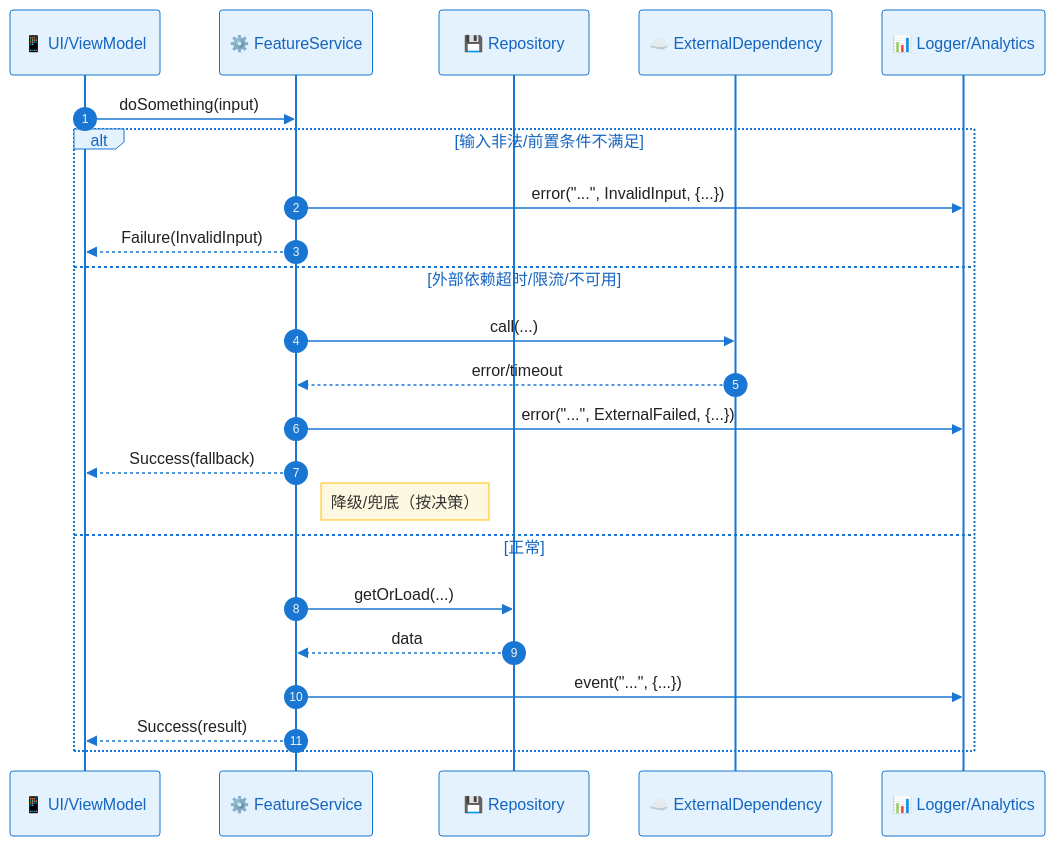
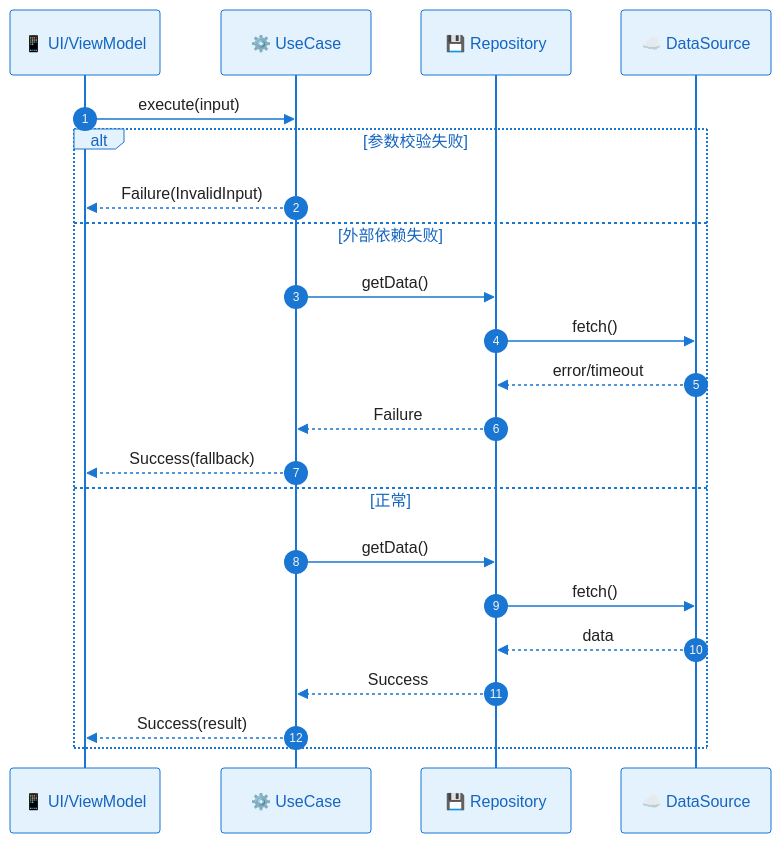
The fifth of 11 diagrams in .specify/templates/plan-template.md (jackykarma/Verity), drawn with Mermaid before and after one commit. The commit also changed other lines of this file and 9 other files, not shown here.

````diff
--- a/.specify/templates/plan-template.md
+++ b/.specify/templates/plan-template.md
@@ -346,29 +383,28 @@
 ```mermaid
 %%{init: {'theme': 'base', 'themeVariables': { 'actorBkg': '#E3F2FD', 'actorBorder': '#1976D2', 'actorTextColor': '#1565C0', 'signalColor': '#1976D2', 'signalTextColor': '#212121', 'noteBkgColor': '#FFF8E1', 'noteBorderColor': '#FFC107'}}}%%
 sequenceDiagram
     autonumber
     
     participant UI as 📱 UI/ViewModel
-    participant Service as ⚙️ FeatureService
+    participant UC as ⚙️ UseCase
     participant Repo as 💾 Repository
-    participant External as ☁️ ExternalDependency
-    participant Logger as 📊 Logger/Analytics
+    participant DS as ☁️ DataSource
 
-    UI->>Service: doSomething(input)
+    UI->>UC: execute(input)
     
-    alt 输入非法/前置条件不满足
-        Service->>Logger: error("...", InvalidInput, {...})
-        Service-->>UI: Failure(InvalidInput)
-    else 外部依赖超时/限流/不可用
-        Service->>External: call(...)
-        External-->>Service: error/timeout
-        Service->>Logger: error("...", ExternalFailed, {...})
-        Service-->>UI: Success(fallback)
-        Note right of Service: 降级/兜底（按决策）
+    alt 参数校验失败
+        UC-->>UI: Failure(InvalidInput)
+    else 外部依赖失败
+        UC->>Repo: getData()
+        Repo->>DS: fetch()
+        DS-->>Repo: error/timeout
+        Repo-->>UC: Failure
+        UC-->>UI: Success(fallback)
     else 正常
-        Service->>Repo: getOrLoad(...)
-        Repo-->>Service: data
-        Service->>Logger: event("...", {...})
-        Service-->>UI: Success(result)
+        UC->>Repo: getData()
+        Repo->>DS: fetch()
+        DS-->>Repo: data
+        Repo-->>UC: Success
+        UC-->>UI: Success(result)
     end
 ```
````
